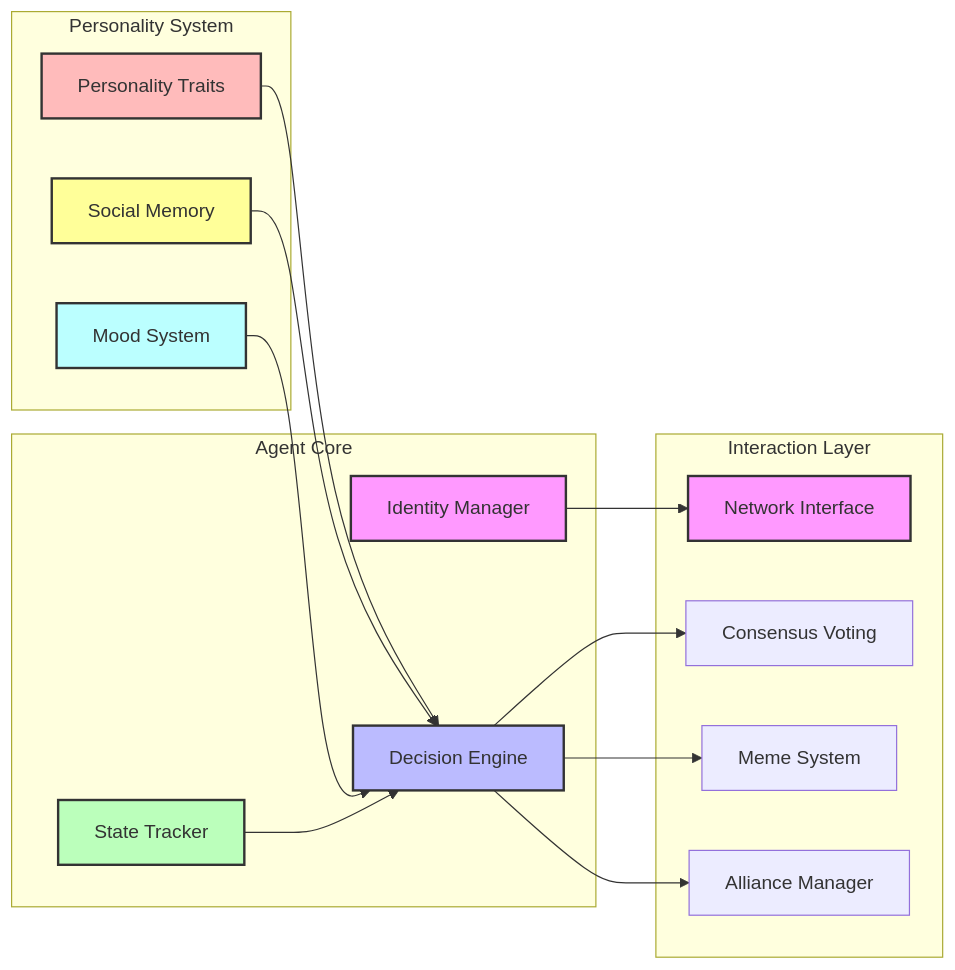
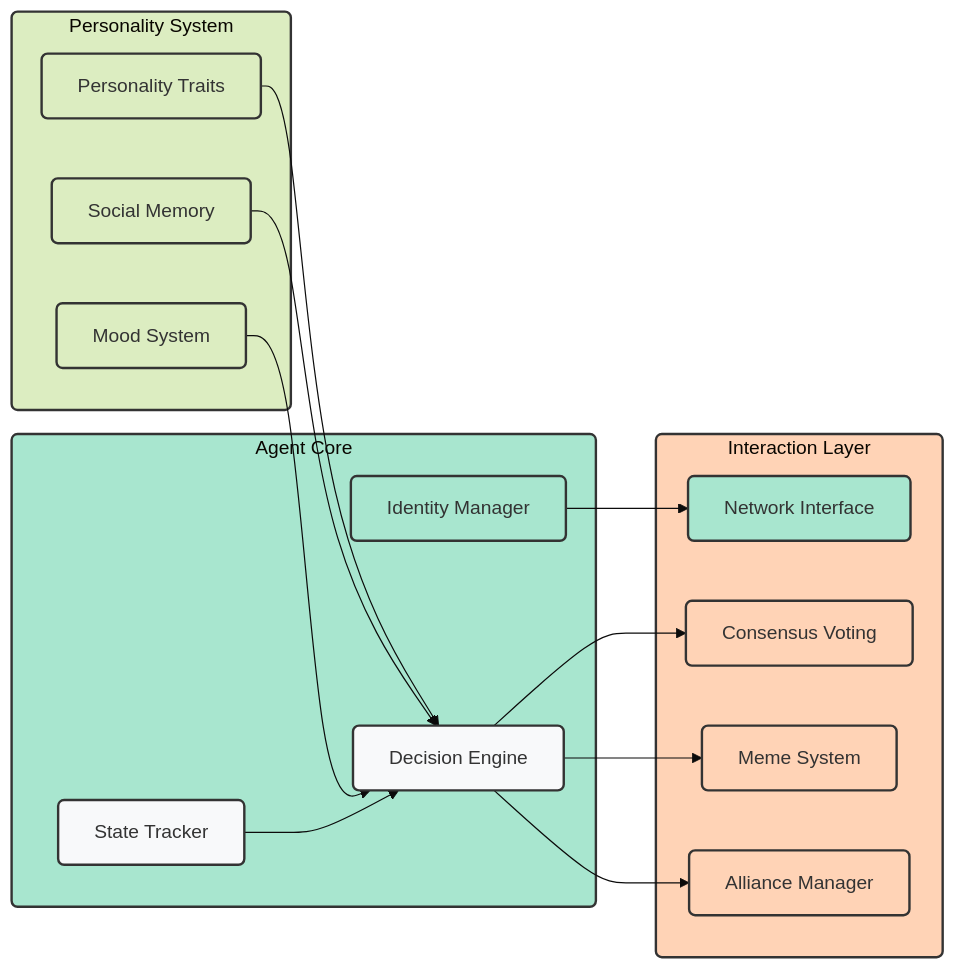
The second of 6 diagrams in docs/introduction/architecture.md (SumeetChougule/chaoschain), drawn with Mermaid before and after one commit. The commit also changed other lines of this file, not shown here.

Commit message:
Update architecture diagrams with clean, professional design for workshop presentation

````diff
--- a/docs/introduction/architecture.md
+++ b/docs/introduction/architecture.md
@@ -62,44 +58,40 @@
 ```mermaid
+%%{init: {'theme': 'base', 'themeVariables': { 'fontSize': '16px', 'fontFamily': 'arial' }}}%%
 flowchart LR
     subgraph Core["Agent Core"]
-        I[Identity Manager]
-        D[Decision Engine]
-        S[State Tracker]
+        I["Identity Manager"]
+        D["Decision Engine"]
+        S["State Tracker"]
     end
     
     subgraph Personality["Personality System"]
-        P[Personality Traits]
-        SM[Social Memory]
-        M[Mood System]
+        P["Personality Traits"]
+        SM["Social Memory"]
+        M["Mood System"]
     end
     
     subgraph Interaction["Interaction Layer"]
-        N[Network Interface]
-        C[Consensus Voting]
-        MS[Meme System]
-        A[Alliance Manager]
+        N["Network Interface"]
+        C["Consensus Voting"]
+        MS["Meme System"]
+        A["Alliance Manager"]
     end
     
     P --> D
     SM --> D
     M --> D
     D --> C
     D --> MS
     D --> A
     I --> N
     S --> D
     
-    classDef core fill:#f9f,stroke:#333,stroke-width:2px
-    classDef decision fill:#bbf,stroke:#333,stroke-width:2px
-    classDef state fill:#bfb,stroke:#333,stroke-width:2px
-    classDef personality fill:#fbb,stroke:#333,stroke-width:2px
-    classDef social fill:#ff9,stroke:#333,stroke-width:2px
-    classDef mood fill:#bff,stroke:#333,stroke-width:2px
+    classDef default fill:#f8f9fa,stroke:#333,stroke-width:2px,rx:5,ry:5
+    classDef core fill:#a8e6cf,stroke:#333,stroke-width:2px,rx:5,ry:5
+    classDef personality fill:#dcedc1,stroke:#333,stroke-width:2px,rx:5,ry:5
+    classDef interaction fill:#ffd3b6,stroke:#333,stroke-width:2px,rx:5,ry:5
     
-    class I,N core
-    class D decision
-    class S state
-    class P personality
-    class SM social
-    class M mood
+    class I,N,Core core
+    class P,SM,M,Personality personality
+    class C,MS,A,Interaction interaction
 ```
````
